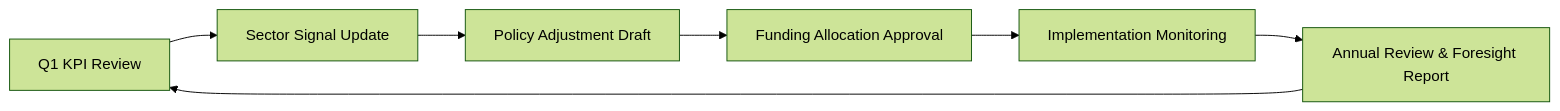
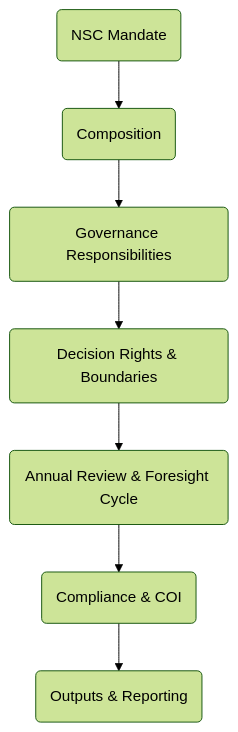
Before and after one commit to doulabglobal/vigia-incubanet-framework: the diagram in vif/annexes/annex-01-nsc-tor.md, drawn with Mermaid (forest theme). The commit also changed other lines of this file and 24 other files, not shown here.

````diff
--- a/vif/annexes/annex-01-nsc-tor.md
+++ b/vif/annexes/annex-01-nsc-tor.md
@@ -155,9 +63,9 @@
 ```mermaid
-flowchart LR
-    A[Q1 KPI Review] --> B[Sector Signal Update]
-    B --> C[Policy Adjustment Draft]
-    C --> D[Funding Allocation Approval]
-    D --> E[Implementation Monitoring]
-    E --> F[Annual Review & Foresight Report]
-    F --> A
+flowchart TD
+    A(NSC Mandate) --> B(Composition)
+    B --> C(Governance Responsibilities)
+    C --> D(Decision Rights & Boundaries)
+    D --> E(Annual Review & Foresight Cycle)
+    E --> F(Compliance & COI)
+    F --> G(Outputs & Reporting)
 ```
````
